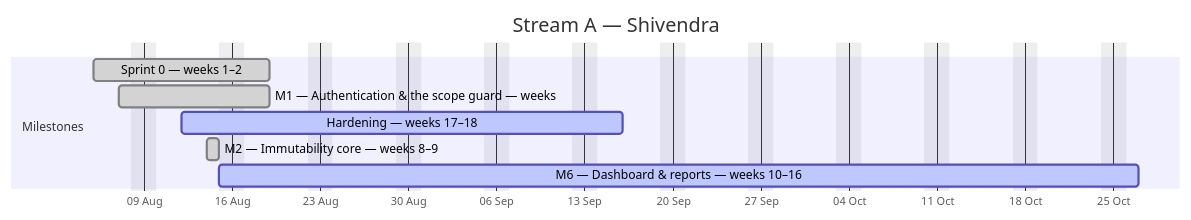
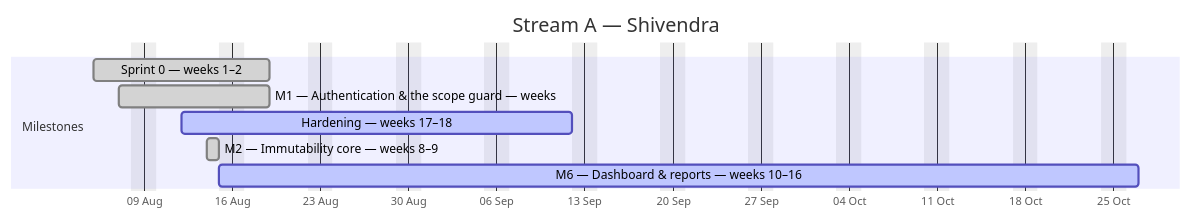
The first of 4 diagrams in docs/plan/GANTT.md (debashisedunext/EduTrack), drawn with Mermaid before and after one commit. The commit also changed other lines of this file and 3 other files, not shown here.

````diff
--- a/docs/plan/GANTT.md
+++ b/docs/plan/GANTT.md
@@ -114,13 +113,13 @@
 ```mermaid
 gantt
     dateFormat YYYY-MM-DD
     axisFormat %d %b
     title Stream A — Shivendra
     excludes weekends
     section Milestones
     Sprint 0 — weeks 1–2 :done, a0, 2026-08-05, 10d
     M1 — Authentication & the scope guard — weeks :done, a1, 2026-08-07, 8d
-    Hardening — weeks 17–18 :active, a2, 2026-08-12, 25d
+    Hardening — weeks 17–18 :active, a2, 2026-08-12, 23d
     M2 — Immutability core — weeks 8–9 :done, a3, 2026-08-14, 1d
     M6 — Dashboard & reports — weeks 10–16 :active, a4, 2026-08-15, 52d
 ```
````
